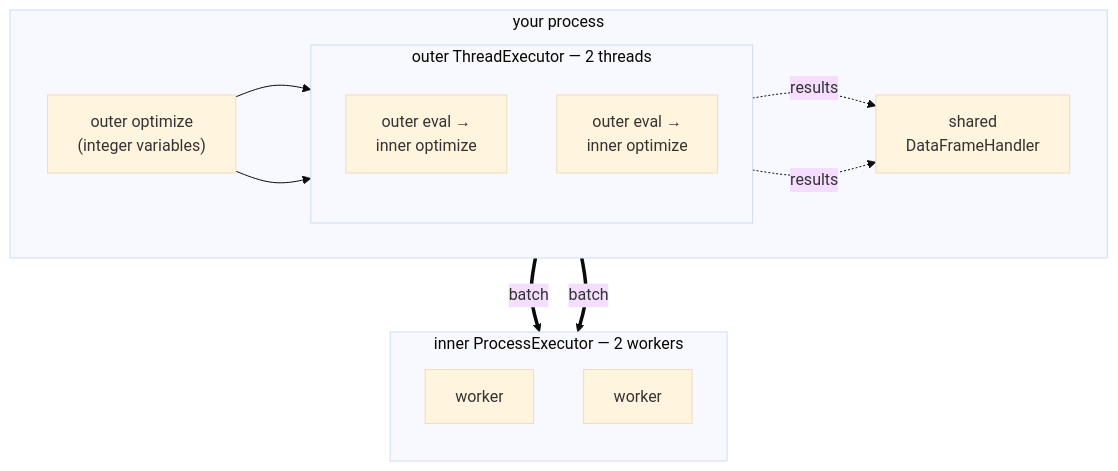
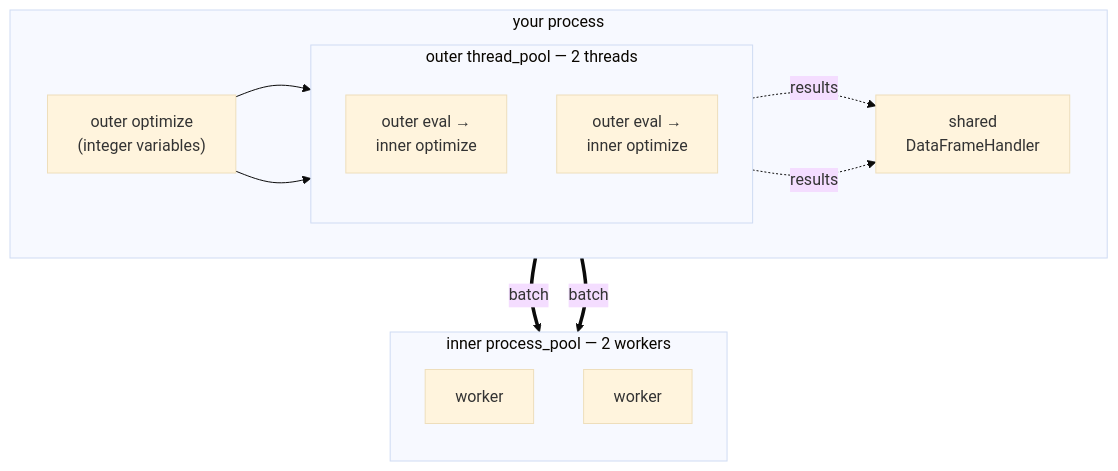
One commit to TNO-ropt/ropt changed the diagram in docs/running/nested.md. Above: the diagram before and after it, drawn with Mermaid (base theme). The commit also changed other lines of this file and 23 other files, not shown here.

````diff
--- a/docs/running/nested.md
+++ b/docs/running/nested.md
@@ -23,24 +23,24 @@
 ```mermaid
 flowchart TB
     subgraph proc["your process"]
         direction LR
         outer["outer optimize<br/>(integer variables)"]
-        subgraph touter["outer ThreadExecutor — 2 threads"]
+        subgraph touter["outer thread_pool — 2 threads"]
             direction TB
             in1["outer eval →<br/>inner optimize"]
             in2["outer eval →<br/>inner optimize"]
         end
         grp["shared<br/>DataFrameHandler"]
         outer --> in1
         outer --> in2
         in1 -.->|"results"| grp
         in2 -.->|"results"| grp
     end
-    subgraph pinner["inner ProcessExecutor — 2 workers"]
+    subgraph pinner["inner process_pool — 2 workers"]
         direction TB
         w1["worker"]
         w2["worker"]
     end
     in1 ==>|"batch"| w1
     in2 ==>|"batch"| w2
 ```
````
